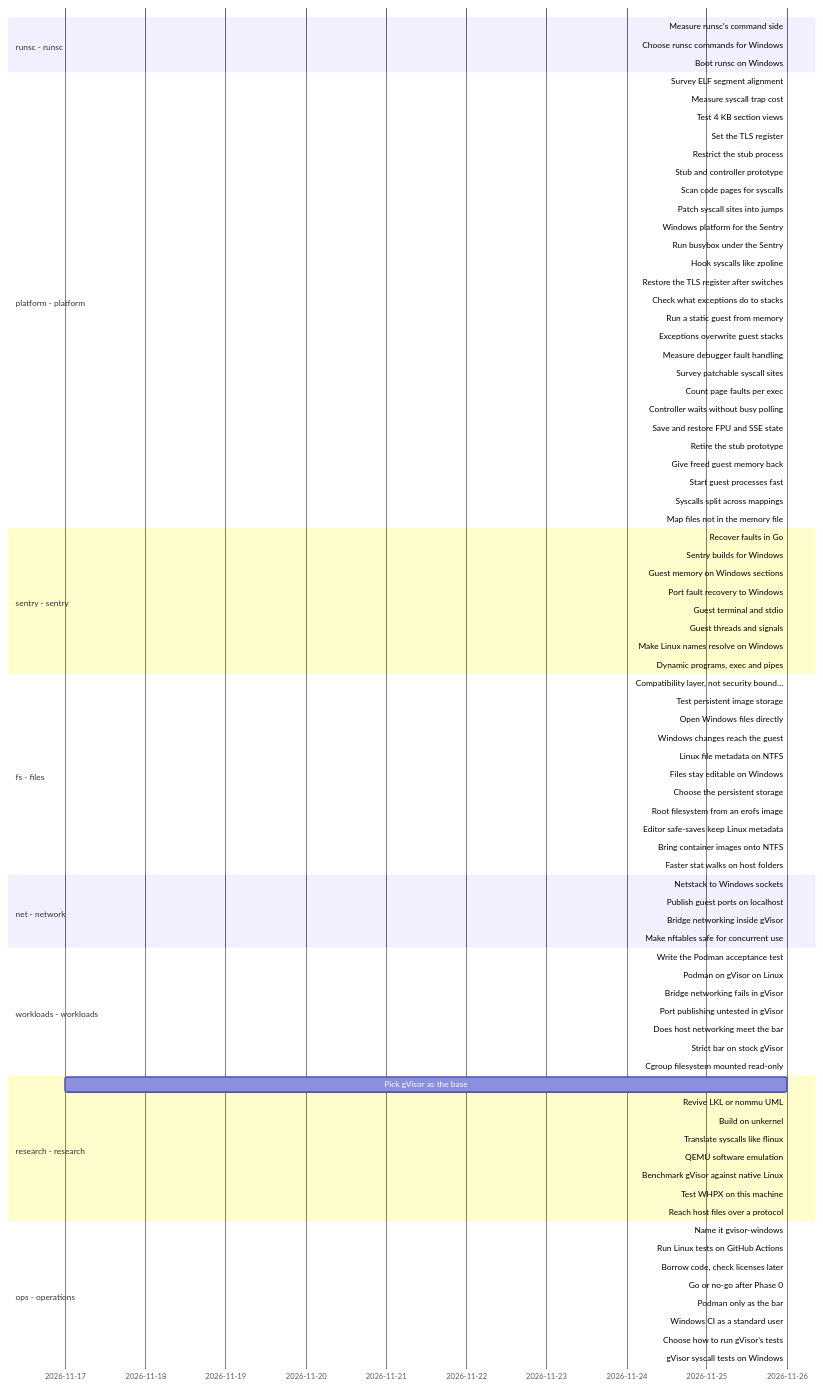
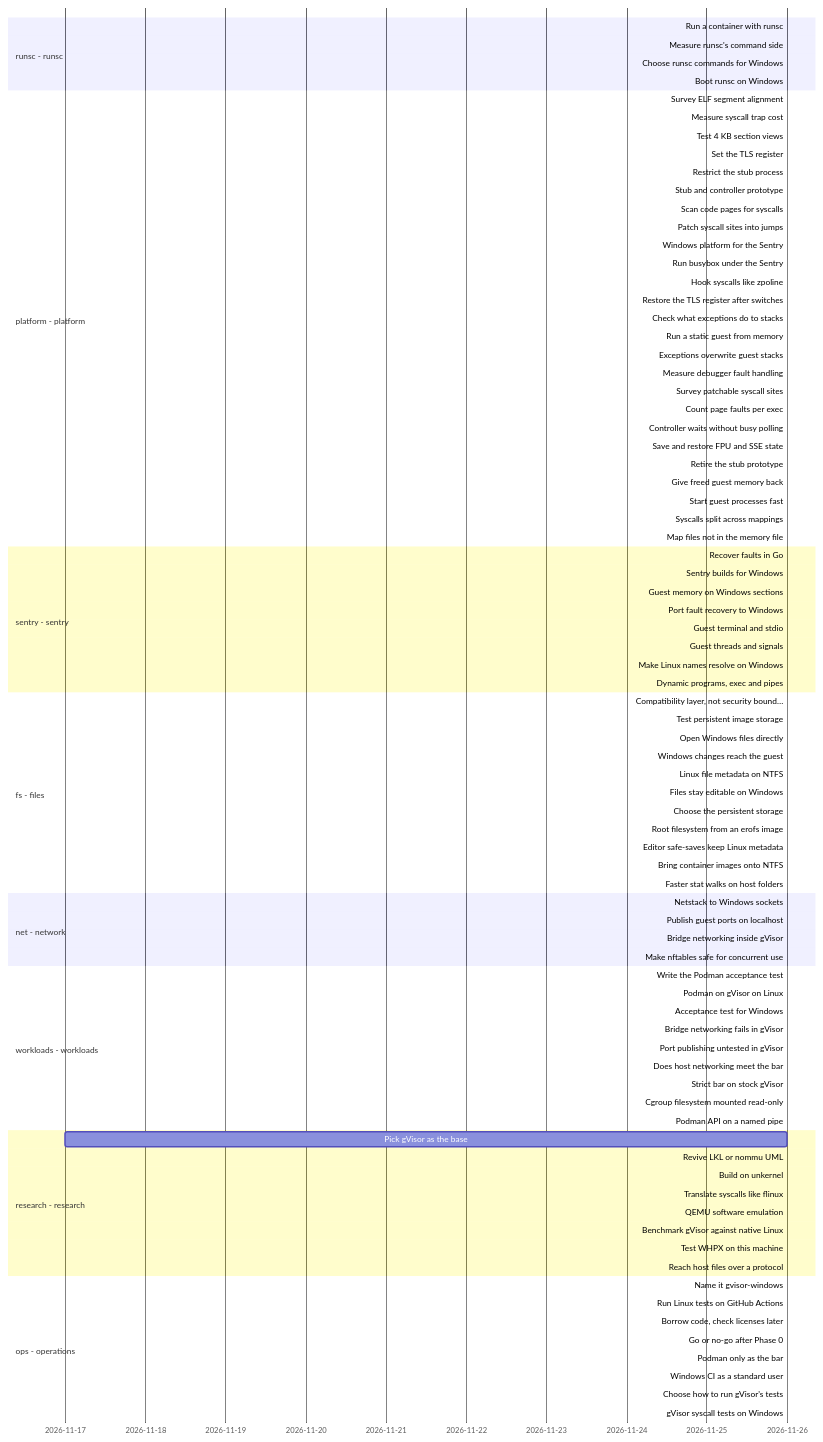
The diagram in docs/roadmap/timeline.md (lhns/gvisor-windows), drawn with Mermaid before and after one commit. The commit also changed other lines of this file and 4 other files, not shown here.

Commit message:
The runsc goal is met: runsc.exe run starts an OCI bundle on Windows

```diff
--- a/docs/roadmap/timeline.md
+++ b/docs/roadmap/timeline.md
@@ -12,6 +12,7 @@
     dateFormat YYYY-MM-DD
     axisFormat %Y-%m-%d
     section runsc - runsc
+    Run a container with runsc :runsc_container_on_windows, 2026-11-26, 2026-11-26
     Measure runsc's command side :runsc_measure_cli, 2026-11-26, 2026-11-26
     Choose runsc commands for Windows :runsc_windows_commands, 2026-11-26, 2026-11-26
     Boot runsc on Windows :runsc_windows_boot, 2026-11-26, 2026-11-26
@@ -70,11 +71,13 @@
     section workloads - workloads
     Write the Podman acceptance test :workloads_acceptance_test, 2026-11-26, 2026-11-26
     Podman on gVisor on Linux :workloads_podman_on_gvisor_linux, 2026-11-26, 2026-11-26
+    Acceptance test for Windows :active, workloads_acceptance_test_windows, 2026-11-26, 2026-11-26
     Bridge networking fails in gVisor :workloads_gvisor_bridge_netlink, 2026-11-26, 2026-11-26
     Port publishing untested in gVisor :workloads_gvisor_port_publishing, 2026-11-26, 2026-11-26
     Does host networking meet the bar :workloads_bar_host_network, 2026-11-26, 2026-11-26
     Strict bar on stock gVisor :workloads_strict_bar_linux, 2026-11-26, 2026-11-26
     Cgroup filesystem mounted read-only :workloads_gvisor_cgroupfs_readonly, 2026-11-26, 2026-11-26
+    Podman API on a named pipe :active, workloads_podman_api_named_pipe, 2026-11-26, 2026-11-26
     section research - research
     Pick gVisor as the base :research_gvisor_base, 2026-11-17, 2026-11-26
     Revive LKL or nommu UML :crit, research_lkl_nommu, 2026-11-26, 2026-11-26
```
